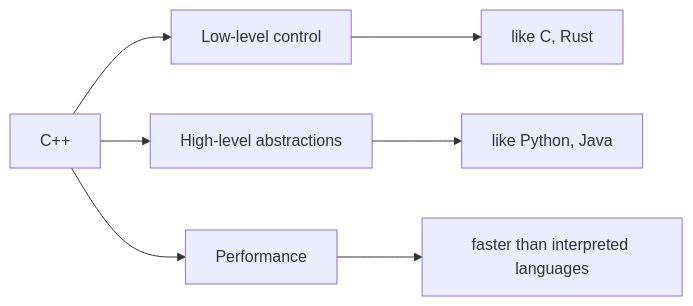
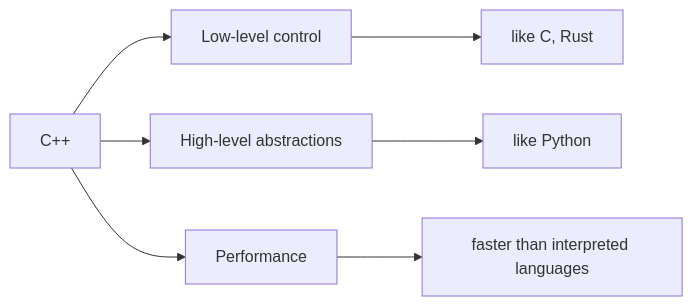
Before and after one commit to AndriiSonsiadlo/knowledge-base: the second of 2 diagrams in docs/programming/cpp/00-overview/what-is-cpp.md, drawn with Mermaid. The commit also changed other lines of this file and 84 other files, not shown here.

````diff
--- a/docs/programming/cpp/00-overview/what-is-cpp.md
+++ b/docs/programming/cpp/00-overview/what-is-cpp.md
@@ -148,10 +148,10 @@
 ```mermaid
 graph LR
     A[C++] --> B[Low-level control]
     A --> C[High-level abstractions]
     A --> D[Performance]
 
     B --> E[like C, Rust]
-    C --> F[like Python, Java]
+    C --> F[like Python]
     D --> G[faster than interpreted languages]
 ```
````
